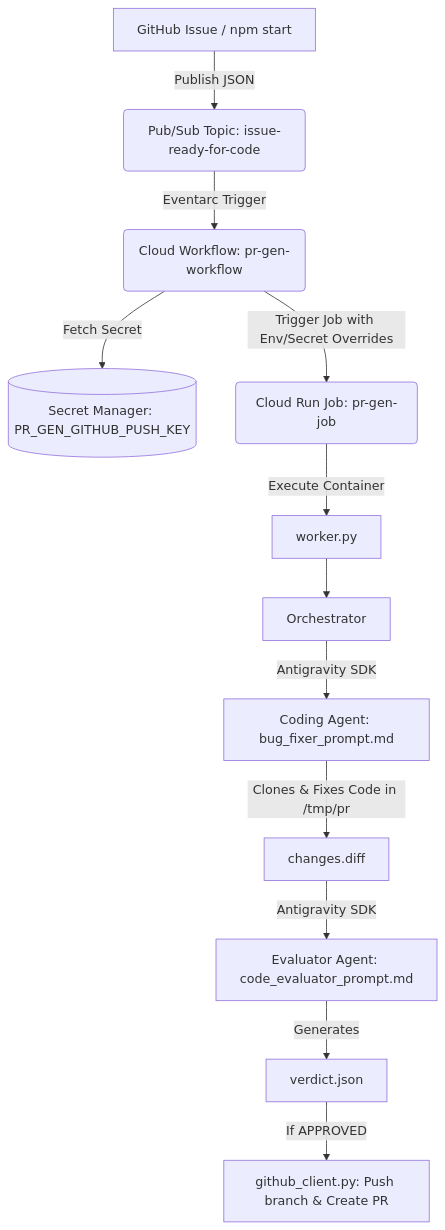
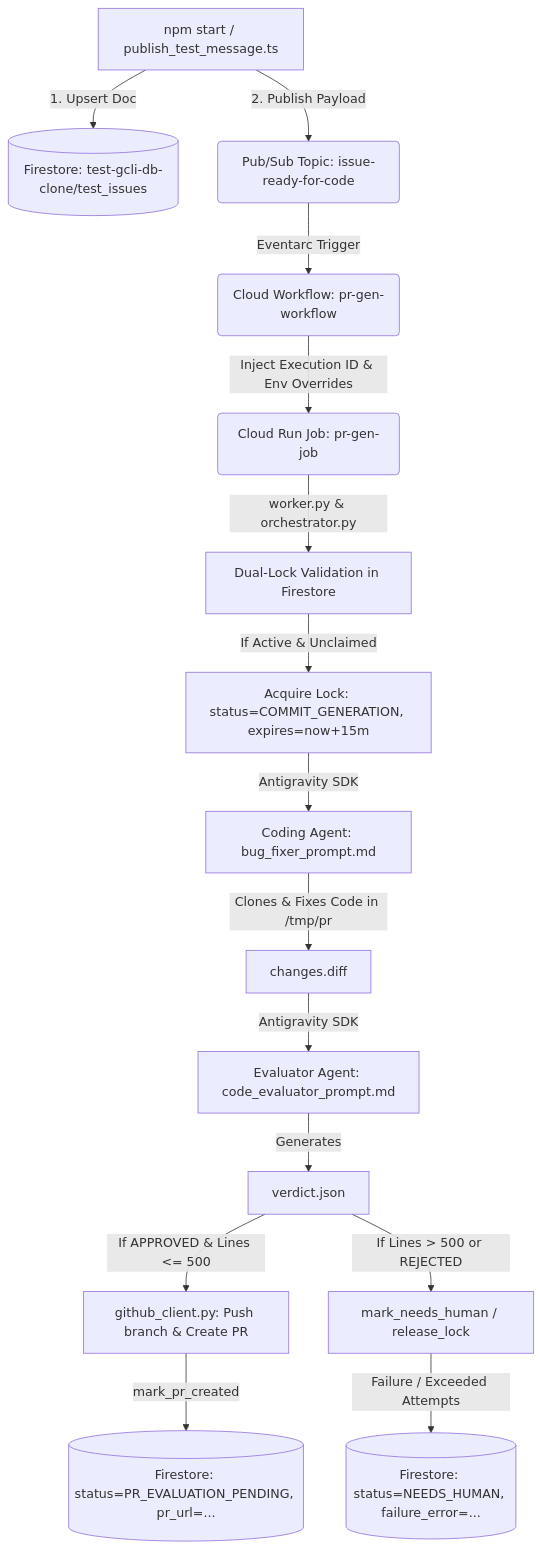
The diagram in cloudrun/code_generator/PROJECT_CONTEXT.md (google-gemini/gemini-cli), drawn with Mermaid before and after one commit. The commit also changed other lines of this file and 90 other files, not shown here.

Commit message:
Firestore integration. Workflow folder name change

````diff
--- a/cloudrun/code_generator/PROJECT_CONTEXT.md
+++ b/cloudrun/code_generator/PROJECT_CONTEXT.md
@@ -46,14 +47,17 @@
 ```mermaid
 graph TD
-    A[GitHub Issue / npm start] -->|Publish JSON| B(Pub/Sub Topic: issue-ready-for-code)
-    B -->|Eventarc Trigger| C(Cloud Workflow: pr-gen-workflow)
-    C -->|Fetch Secret| D[(Secret Manager: PR_GEN_GITHUB_PUSH_KEY)]
-    C -->|Trigger Job with Env/Secret Overrides| E(Cloud Run Job: pr-gen-job)
-    E -->|Execute Container| F[worker.py]
-    F --> G[Orchestrator]
+    A[npm start / publish_test_message.ts] -->|1. Upsert Doc| B[(Firestore: test-gcli-db-clone/test_issues)]
+    A -->|2. Publish Payload| C(Pub/Sub Topic: issue-ready-for-code)
+    C -->|Eventarc Trigger| D(Cloud Workflow: pr-gen-workflow)
+    D -->|Inject Execution ID & Env Overrides| E(Cloud Run Job: pr-gen-job)
+    E -->|worker.py & orchestrator.py| F[Dual-Lock Validation in Firestore]
+    F -->|If Active & Unclaimed| G[Acquire Lock: status=COMMIT_GENERATION, expires=now+15m]
     G -->|Antigravity SDK| H[Coding Agent: bug_fixer_prompt.md]
     H -->|Clones & Fixes Code in /tmp/pr| I[changes.diff]
     I -->|Antigravity SDK| J[Evaluator Agent: code_evaluator_prompt.md]
     J -->|Generates| K[verdict.json]
-    K -->|If APPROVED| L[github_client.py: Push branch & Create PR]
+    K -->|If APPROVED & Lines <= 500| L[github_client.py: Push branch & Create PR]
+    L -->|mark_pr_created| M[(Firestore: status=PR_EVALUATION_PENDING, pr_url=...)]
+    K -->|If Lines > 500 or REJECTED| N[mark_needs_human / release_lock]
+    N -->|Failure / Exceeded Attempts| O[(Firestore: status=NEEDS_HUMAN, failure_error=...)]
 ```
````
